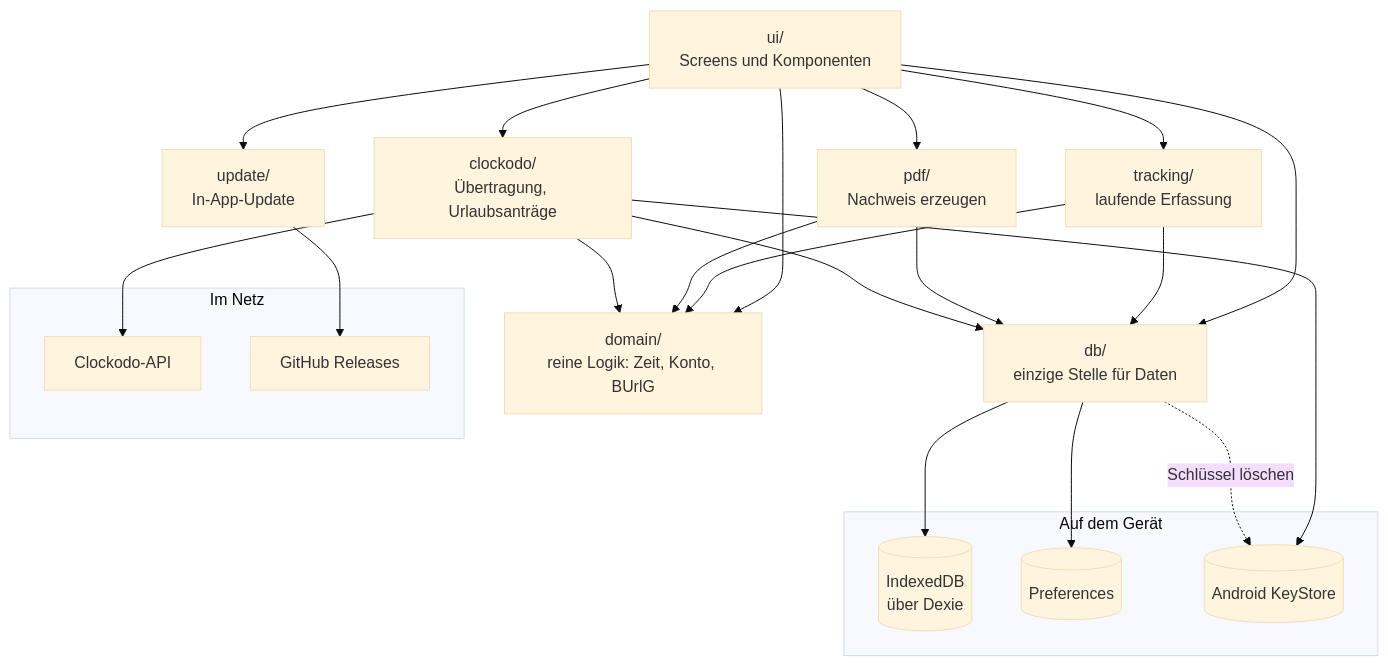
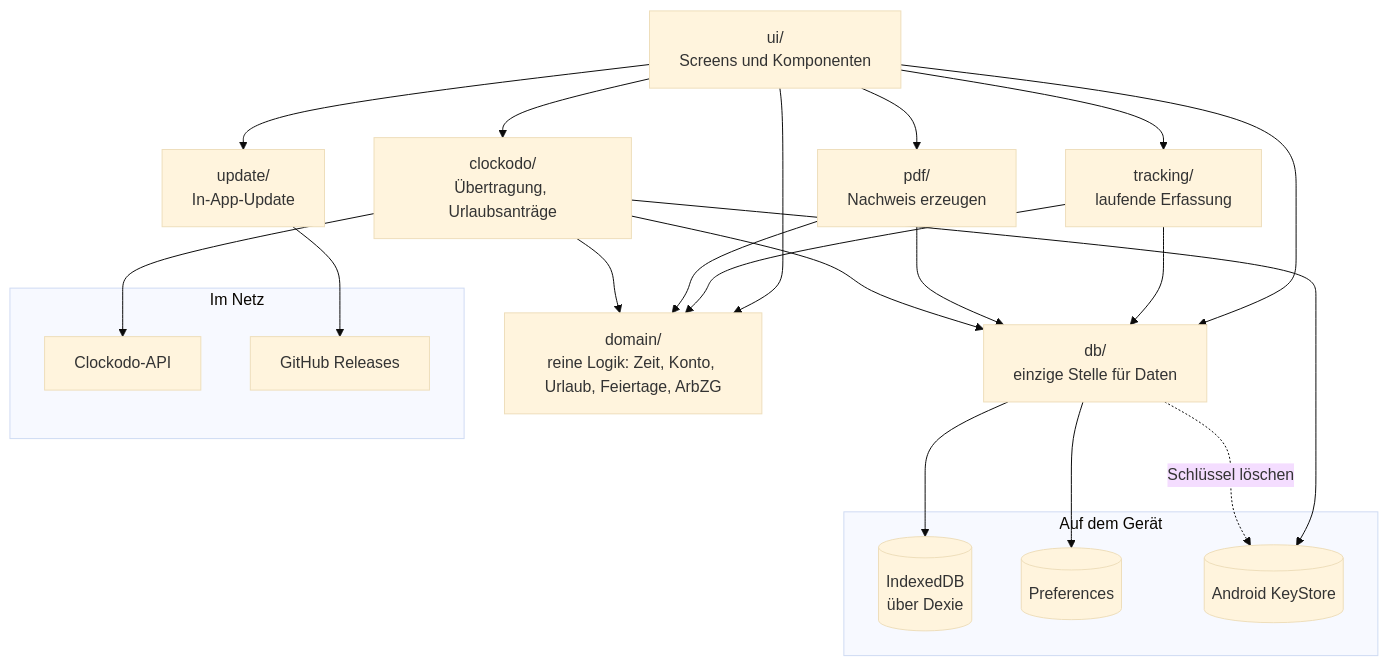
One commit to BosslandX/klarzeit changed the third of 3 diagrams in README.md. Above: the diagram before and after it, drawn with Mermaid (base theme). The commit also changed other lines of this file and 1 other file, not shown here.

Commit message:
docs: Vertrag gueltig ab, Krankheit, Stoppuhr-Kennzeichnung, Veranlassung, ArbZG-Hinweise (AUF-031 bis 037)

````diff
--- a/README.md
+++ b/README.md
@@ -303,28 +327,28 @@
 ```mermaid
 flowchart TD
     UI["ui/<br/>Screens und Komponenten"]
     TR["tracking/<br/>laufende Erfassung"]
     PDF["pdf/<br/>Nachweis erzeugen"]
     CK["clockodo/<br/>Übertragung, Urlaubsanträge"]
     UPD["update/<br/>In-App-Update"]
-    DOM["domain/<br/>reine Logik: Zeit, Konto, BUrlG"]
+    DOM["domain/<br/>reine Logik: Zeit, Konto, Urlaub, Feiertage, ArbZG"]
     DB["db/<br/>einzige Stelle für Daten"]
 
     subgraph geraet["Auf dem Gerät"]
         DEXIE[("IndexedDB<br/>über Dexie")]
         PREF[("Preferences")]
         KS[("Android KeyStore")]
     end
     subgraph netz["Im Netz"]
         API["Clockodo-API"]
         GH["GitHub Releases"]
     end
 
     UI --> TR & PDF & CK & UPD
     UI --> DOM & DB
     TR & PDF & CK --> DOM & DB
     CK --> KS & API
     DB --> DEXIE & PREF
     DB -. "Schlüssel löschen" .-> KS
     UPD --> GH
 ```
````
